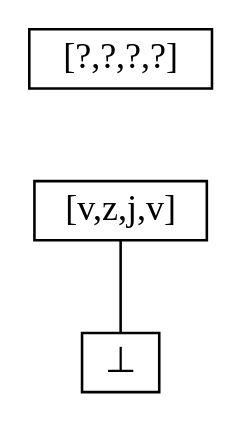
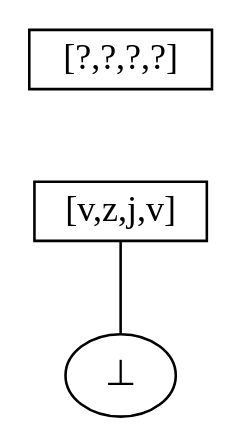
Before and after one commit to NorfairKing/ai_alternative-exam: the diagram in resources/graphs/iteration_1.dot, drawn with Graphviz. The commit also changed 17 other files, not shown here.

```diff
--- a/resources/graphs/iteration_1.dot
+++ b/resources/graphs/iteration_1.dot
@@ -1,13 +1,13 @@
 digraph iter_1 {
     node [shape=rect height=0.1, width=0.2];
     edge [arrowhead = none];
 
     top  [label = "[?,?,?,?]"];
-    bot  [label = "&#8869;"];
+    bot  [label = "&#8869;",shape=ellipse];
 
     ex_1 [label= "[v,z,j,v]"];
     
     top -> ex_1[style=invis];
     
     ex_1 -> bot;
 }
```
